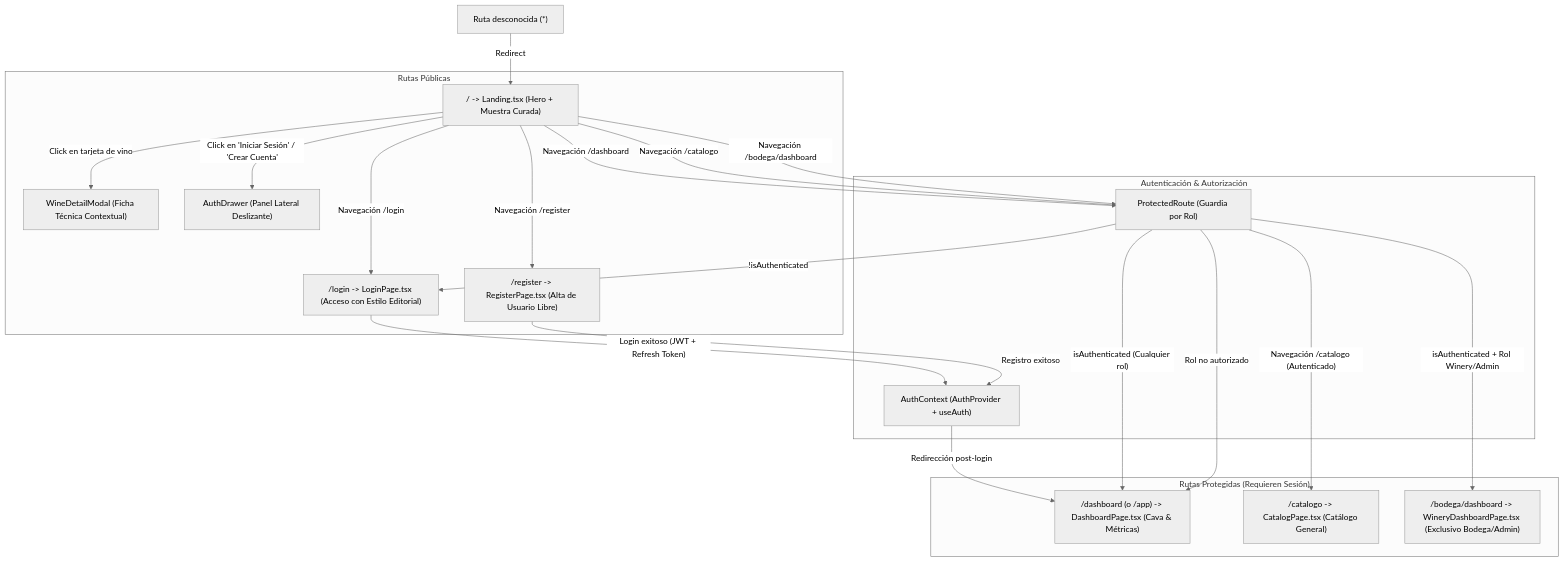
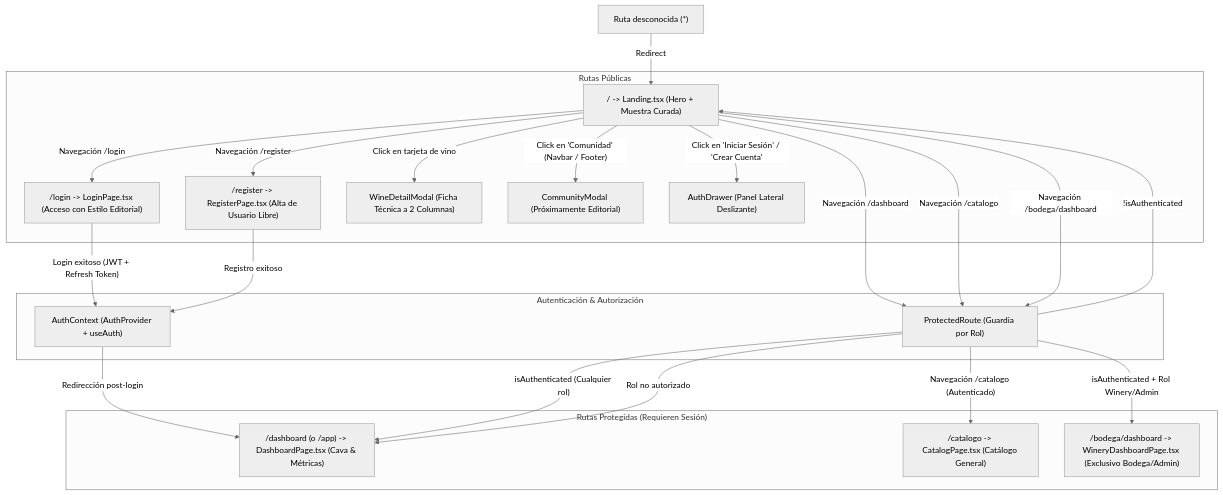
One commit to NehuenCacabelos/AyVino changed the diagram in docs/frontend/navigation-flow.md. Above: the diagram before and after it, drawn with Mermaid (neutral theme). The commit also changed other lines of this file and 17 other files, not shown here.

````diff
--- a/docs/frontend/navigation-flow.md
+++ b/docs/frontend/navigation-flow.md
@@ -9,41 +9,43 @@
 ```mermaid
 flowchart TD
     subgraph PublicRoutes["Rutas Públicas"]
         Landing["/ -> Landing.tsx (Hero + Muestra Curada)"]
         Login["/login -> LoginPage.tsx (Acceso con Estilo Editorial)"]
         Register["/register -> RegisterPage.tsx (Alta de Usuario Libre)"]
-        DetailModal["WineDetailModal (Ficha Técnica Contextual)"]
+        DetailModal["WineDetailModal (Ficha Técnica a 2 Columnas)"]
+        CommunityModal["CommunityModal (Próximamente Editorial)"]
         AuthDrawer["AuthDrawer (Panel Lateral Deslizante)"]
     end
 
     subgraph AuthPipeline["Autenticación & Autorización"]
         Guard["ProtectedRoute (Guardia por Rol)"]
         AuthContext["AuthContext (AuthProvider + useAuth)"]
     end
 
     subgraph ProtectedRoutes["Rutas Protegidas (Requieren Sesión)"]
         Dashboard["/dashboard (o /app) -> DashboardPage.tsx (Cava & Métricas)"]
         Catalog["/catalogo -> CatalogPage.tsx (Catálogo General)"]
         WineryDash["/bodega/dashboard -> WineryDashboardPage.tsx (Exclusivo Bodega/Admin)"]
     end
 
     Landing -->|"Click en tarjeta de vino"| DetailModal
+    Landing -->|"Click en 'Comunidad' (Navbar / Footer)"| CommunityModal
     Landing -->|"Click en 'Iniciar Sesión' / 'Crear Cuenta'"| AuthDrawer
     Landing -->|"Navegación /login"| Login
     Landing -->|"Navegación /register"| Register
     Login -->|"Login exitoso (JWT + Refresh Token)"| AuthContext
     Register -->|"Registro exitoso"| AuthContext
     AuthContext -->|"Redirección post-login"| Dashboard
 
     Landing -->|"Navegación /dashboard"| Guard
     Landing -->|"Navegación /catalogo"| Guard
     Landing -->|"Navegación /bodega/dashboard"| Guard
 
-    Guard -->|"!isAuthenticated"| Login
+    Guard -->|"!isAuthenticated"| Landing
     Guard -->|"isAuthenticated (Cualquier rol)"| Dashboard
     Guard -->|"Navegación /catalogo (Autenticado)"| Catalog
     Guard -->|"isAuthenticated + Rol Winery/Admin"| WineryDash
     Guard -->|"Rol no autorizado"| Dashboard
 
     Fallback["Ruta desconocida (*)"] -->|"Redirect"| Landing
 ```
````
